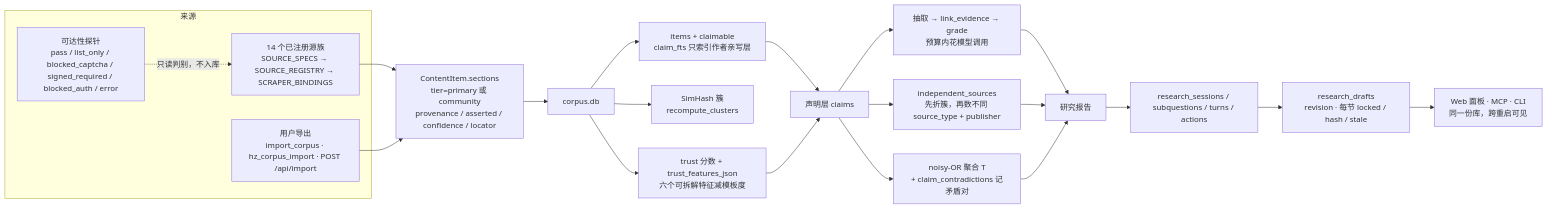
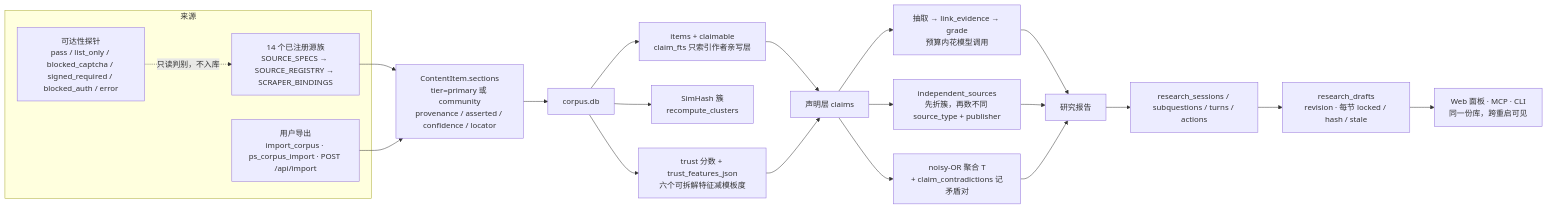
One commit to NLY22/periscope changed the first of 3 diagrams in docs/architecture.md. Above: the diagram before and after it, drawn with Mermaid. The commit also changed other lines of this file and 80 other files, not shown here.

````diff
--- a/docs/architecture.md
+++ b/docs/architecture.md
@@ -13,30 +13,30 @@
 ```mermaid
 flowchart LR
   subgraph SRC["来源"]
     A1["14 个已注册源族<br/>SOURCE_SPECS → SOURCE_REGISTRY → SCRAPER_BINDINGS"]
-    A2["用户导出<br/>import_corpus · hz_corpus_import · POST /api/import"]
+    A2["用户导出<br/>import_corpus · ps_corpus_import · POST /api/import"]
     A3["可达性探针<br/>pass / list_only / blocked_captcha / signed_required / blocked_auth / error"]
   end
 
   A1 --> B["ContentItem.sections<br/>tier=primary 或 community<br/>provenance / asserted / confidence / locator"]
   A2 --> B
   A3 -. "只读判别，不入库" .-> A1
 
   B --> C["corpus.db"]
   C --> C1["items + claimable<br/>claim_fts 只索引作者亲写层"]
   C --> C2["SimHash 簇<br/>recompute_clusters"]
   C --> C3["trust 分数 + trust_features_json<br/>六个可拆解特征减模板度"]
 
   C1 --> D["声明层 claims"]
   C3 --> D
   D --> D1["抽取 → link_evidence → grade<br/>预算内花模型调用"]
   D --> D2["independent_sources<br/>先折簇，再数不同 source_type + publisher"]
   D --> D3["noisy-OR 聚合 T<br/>+ claim_contradictions 记矛盾对"]
   D1 --> E["研究报告"]
   D2 --> E
   D3 --> E
 
   E --> F["research_sessions / subquestions / turns / actions"]
   F --> G["research_drafts<br/>revision · 每节 locked / hash / stale"]
   G --> H["Web 面板 · MCP · CLI<br/>同一份库，跨重启可见"]
 ```
````
